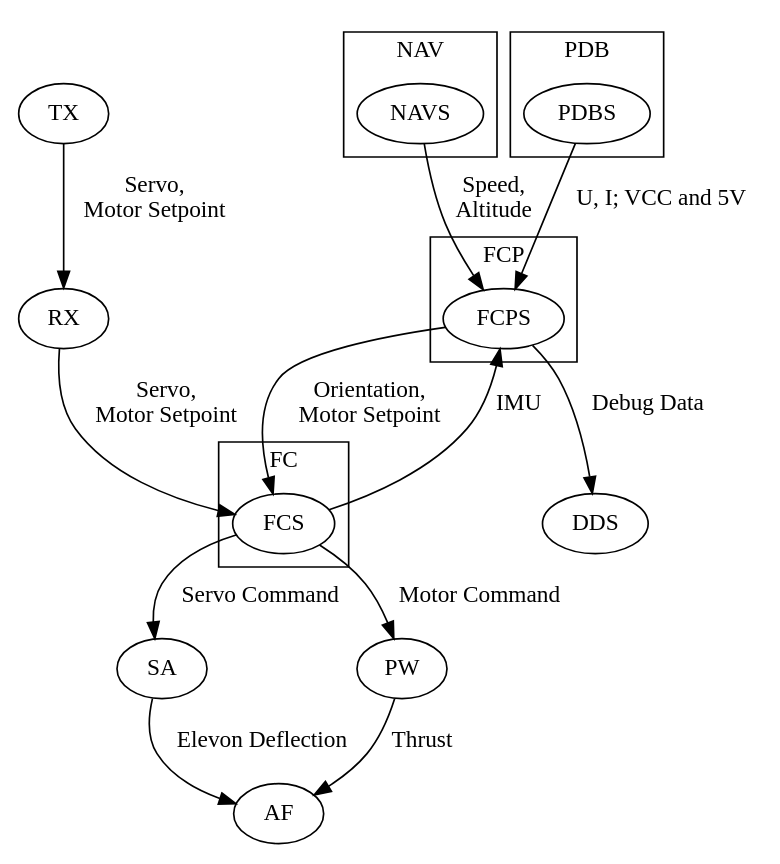
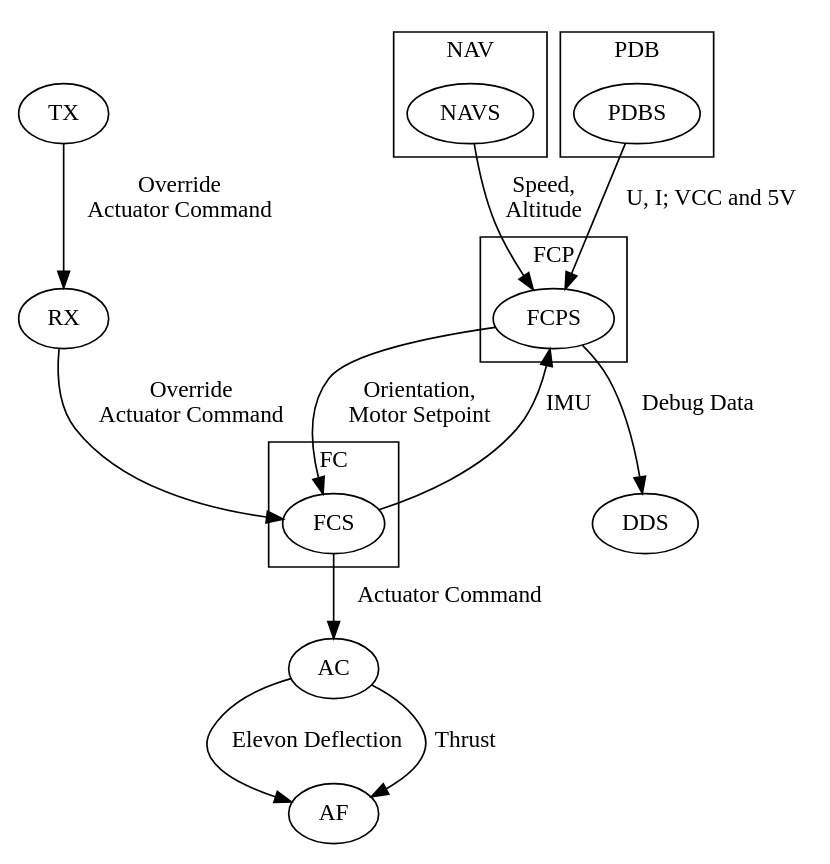
One commit to ToolboxPlane/Design changed the diagram in chapters/02_requirements/02_system.dot. Above: the diagram before and after it, drawn with Graphviz. The commit also changed 5 other files, not shown here.

```diff
--- a/chapters/02_requirements/02_system.dot
+++ b/chapters/02_requirements/02_system.dot
@@ -1,72 +1,67 @@
 digraph {
    subgraph clusterFCP {
       label="FCP"
       FCPS
    }
 
    subgraph clusterFC {
       label="FC"
       FCS;
    }
 
    subgraph clusterNAV {
       label="NAV"
       NAVS;    
    }
 
    subgraph clusterPDB {
       label="PDB"
       PDBS
    }
 
    AF;
-   SA;
-   PW;
+   AC;
    RX;
    TX;
 
    FCS -> FCPS [
       label = "IMU"
    ]
 
    FCPS -> FCS [
       label = "Orientation,\nMotor Setpoint"
    ]
 
    NAVS -> FCPS [
       label = "Speed,\nAltitude"
    ]
 
    PDBS -> FCPS [
       label = "U, I; VCC and 5V"
    ]
 
    TX -> RX [
-      label = "Servo,\nMotor Setpoint"
+      label = "Override\nActuator Command"
    ];
 
    RX -> FCS [
-      label = "Servo,\nMotor Setpoint"
+      label = "Override\nActuator Command"
    ];
 
-   FCS -> SA [
-      label = "Servo Command"
+   FCS -> AC [
+      label = "Actuator Command"
    ]
 
-   FCS -> PW [
-      label = "Motor Command"
-   ]
-
-   SA -> AF [
+   AC -> AF [
       label = "Elevon Deflection"
    ]
 
-   PW -> AF [
+   AC -> AF [
       label = "Thrust"
    ]
 
    FCPS -> DDS [
       label = "Debug Data"
    ]
 
 }
```
